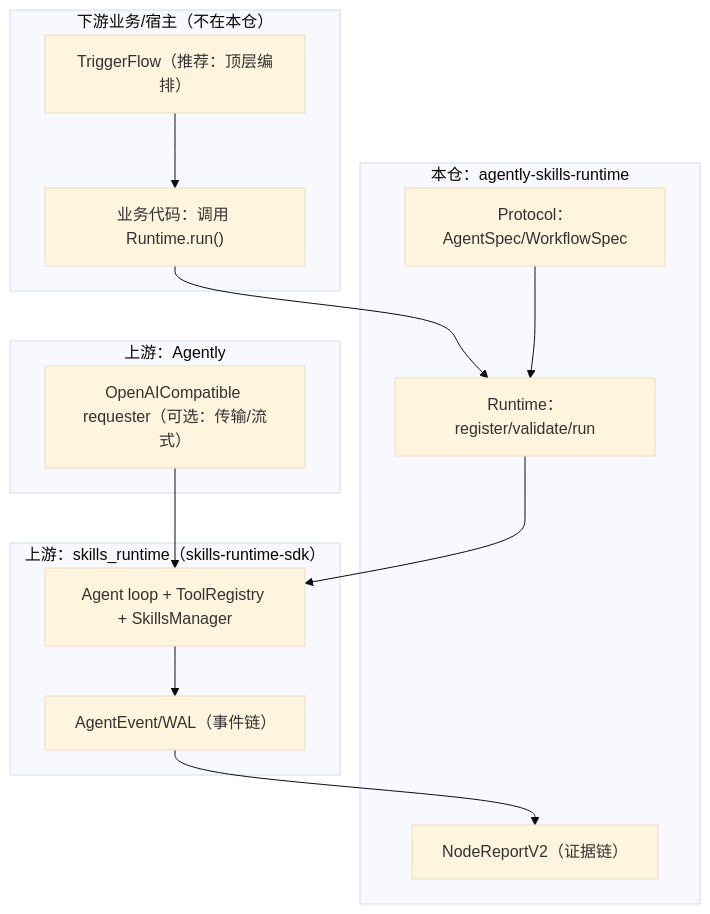
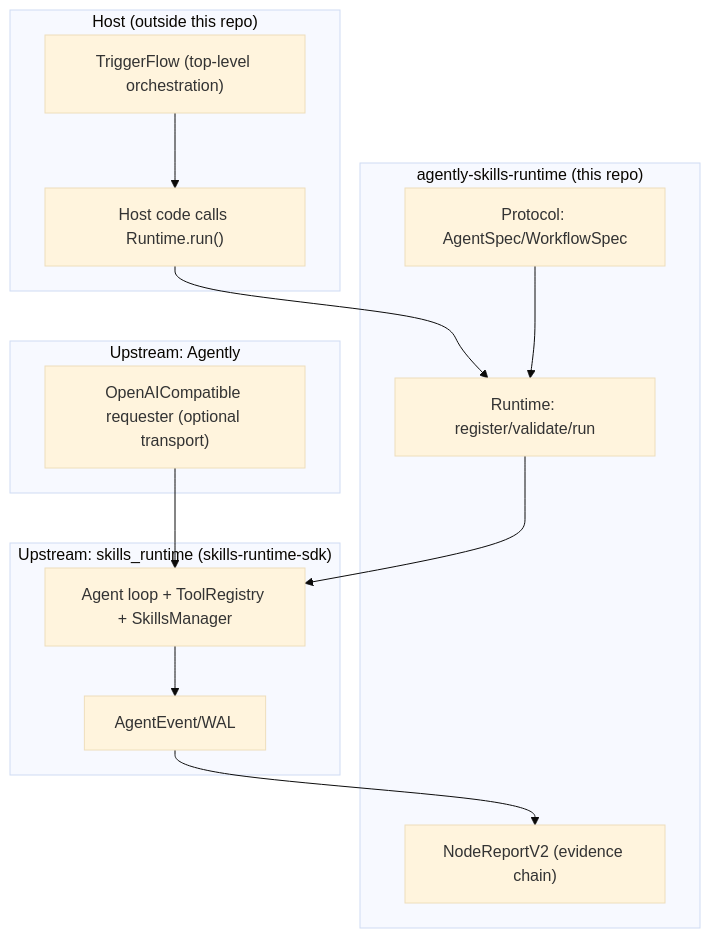
The diagram in README.md (okwinds/capability-runtime), drawn with Mermaid (base theme) before and after one commit. The commit also changed other lines of this file and 1 other file, not shown here.

Commit message:
docs: restore README diagrams and narrative

````diff
--- a/README.md
+++ b/README.md
@@ -49,27 +61,27 @@
 ```mermaid
 flowchart TD
-  subgraph Host["下游业务/宿主（不在本仓）"]
-    TF["TriggerFlow（推荐：顶层编排）"]
-    APP["业务代码：调用 Runtime.run()"]
+  subgraph Host["Host (outside this repo)"]
+    TF["TriggerFlow (top-level orchestration)"]
+    APP["Host code calls Runtime.run()"]
   end
 
-  subgraph BR["本仓：agently-skills-runtime"]
-    P["Protocol：AgentSpec/WorkflowSpec"]
-    R["Runtime：register/validate/run"]
-    NR["NodeReportV2（证据链）"]
+  subgraph BR["agently-skills-runtime (this repo)"]
+    P["Protocol: AgentSpec/WorkflowSpec"]
+    R["Runtime: register/validate/run"]
+    NR["NodeReportV2 (evidence chain)"]
   end
 
-  subgraph U1["上游：Agently"]
-    AGT["OpenAICompatible requester（可选：传输/流式）"]
+  subgraph U1["Upstream: Agently"]
+    AGT["OpenAICompatible requester (optional transport)"]
   end
 
-  subgraph U2["上游：skills_runtime（skills-runtime-sdk）"]
+  subgraph U2["Upstream: skills_runtime (skills-runtime-sdk)"]
     SDK["Agent loop + ToolRegistry + SkillsManager"]
-    EVT["AgentEvent/WAL（事件链）"]
+    EVT["AgentEvent/WAL"]
   end
 
   TF --> APP --> R
   P --> R
   R --> SDK --> EVT --> NR
   AGT --> SDK
 ```
````
